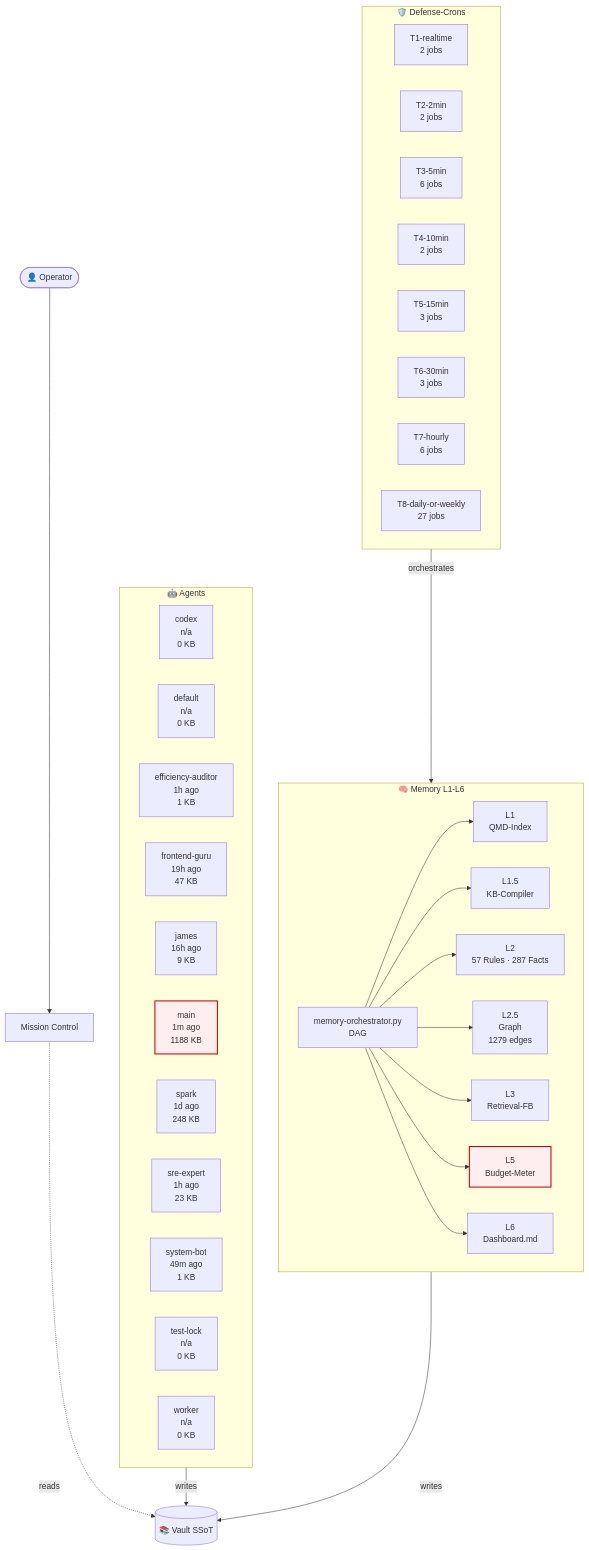
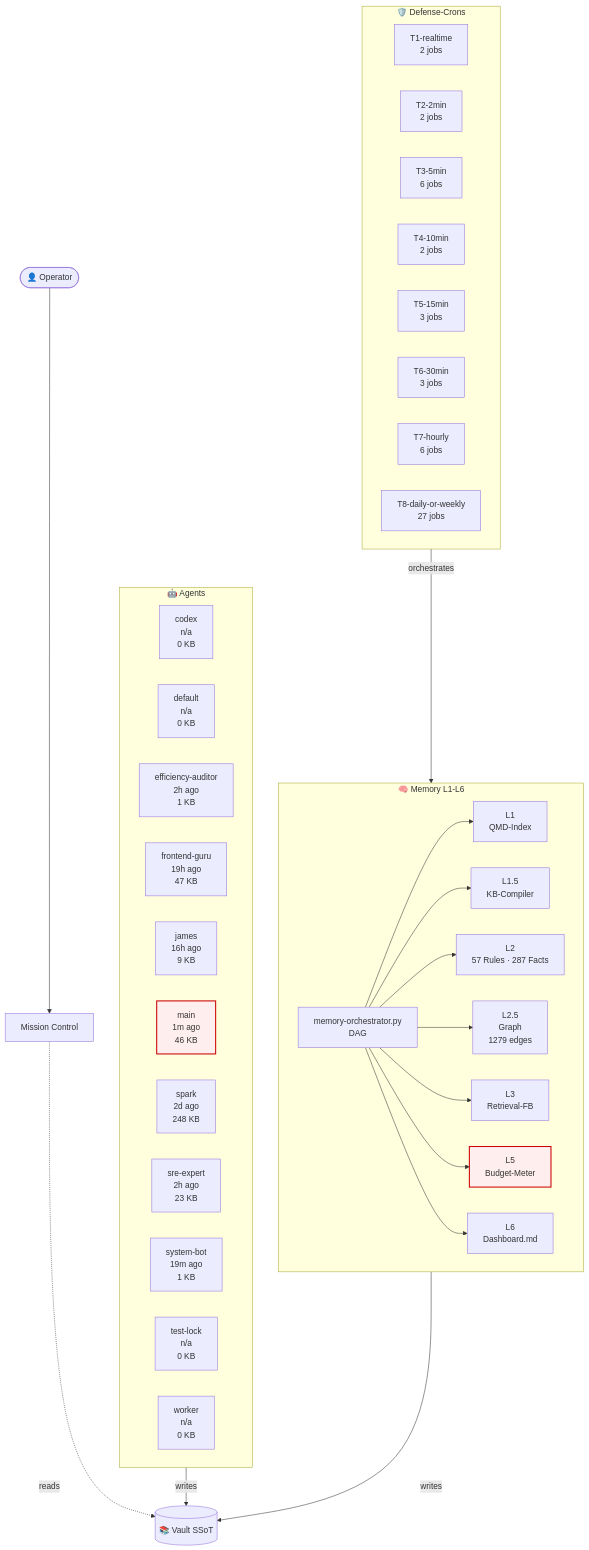
One commit to lenardhuebner88-rgb/openclaw-memory changed the diagram in 03-Agents/architecture-live.md. Above: the diagram before and after it, drawn with Mermaid. The commit also changed other lines of this file and 14 other files, not shown here.

````diff
--- a/03-Agents/architecture-live.md
+++ b/03-Agents/architecture-live.md
@@ -18,54 +18,54 @@
 ```mermaid
 flowchart TB
     classDef critical fill:#fee,stroke:#c00,stroke-width:2px;
     subgraph AGT["🤖 Agents"]
         agent_codex["codex<br/>n/a<br/>0 KB"]
         agent_default["default<br/>n/a<br/>0 KB"]
-        agent_efficiency_auditor["efficiency-auditor<br/>1h ago<br/>1 KB"]
+        agent_efficiency_auditor["efficiency-auditor<br/>2h ago<br/>1 KB"]
         agent_frontend_guru["frontend-guru<br/>19h ago<br/>47 KB"]
         agent_james["james<br/>16h ago<br/>9 KB"]
-        agent_main["main<br/>1m ago<br/>1188 KB"]
-        agent_spark["spark<br/>1d ago<br/>248 KB"]
-        agent_sre_expert["sre-expert<br/>1h ago<br/>23 KB"]
-        agent_system_bot["system-bot<br/>49m ago<br/>1 KB"]
+        agent_main["main<br/>1m ago<br/>46 KB"]
+        agent_spark["spark<br/>2d ago<br/>248 KB"]
+        agent_sre_expert["sre-expert<br/>2h ago<br/>23 KB"]
+        agent_system_bot["system-bot<br/>19m ago<br/>1 KB"]
         agent_test_lock["test-lock<br/>n/a<br/>0 KB"]
         agent_worker["worker<br/>n/a<br/>0 KB"]
     end
     subgraph MEM["🧠 Memory L1-L6"]
         L1["L1<br/>QMD-Index"]
         L15["L1.5<br/>KB-Compiler"]
         L2["L2<br/>57 Rules · 287 Facts"]
         L25["L2.5<br/>Graph<br/>1279 edges"]
         L3["L3<br/>Retrieval-FB"]
         L5["L5<br/>Budget-Meter"]
         L6["L6<br/>Dashboard.md"]
         ORCH["memory-orchestrator.py<br/>DAG"]
     end
     subgraph CRN["🛡️ Defense-Crons"]
         tier_T1_realtime["T1-realtime<br/>2 jobs"]
         tier_T2_2min["T2-2min<br/>2 jobs"]
         tier_T3_5min["T3-5min<br/>6 jobs"]
         tier_T4_10min["T4-10min<br/>2 jobs"]
         tier_T5_15min["T5-15min<br/>3 jobs"]
         tier_T6_30min["T6-30min<br/>3 jobs"]
         tier_T7_hourly["T7-hourly<br/>6 jobs"]
         tier_T8_daily_or_weekly["T8-daily-or-weekly<br/>27 jobs"]
     end
     VAULT[("📚 Vault SSoT")]
     OP([👤 Operator])
     MC["Mission Control"]
     OP --> MC
     MC -.reads.-> VAULT
     AGT -->|writes| VAULT
     MEM -->|writes| VAULT
     ORCH --> L1
     ORCH --> L15
     ORCH --> L2
     ORCH --> L25
     ORCH --> L3
     ORCH --> L5
     ORCH --> L6
     CRN -->|orchestrates| MEM
     class L5 critical
     class agent_main critical
 ```
````
